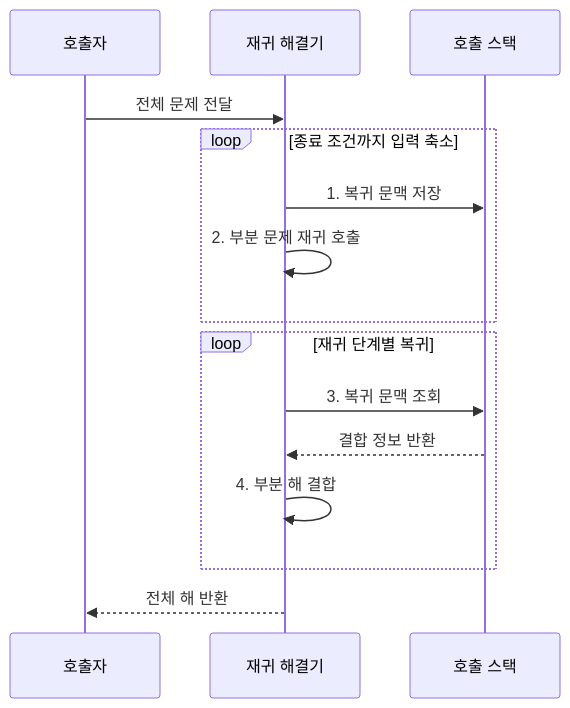
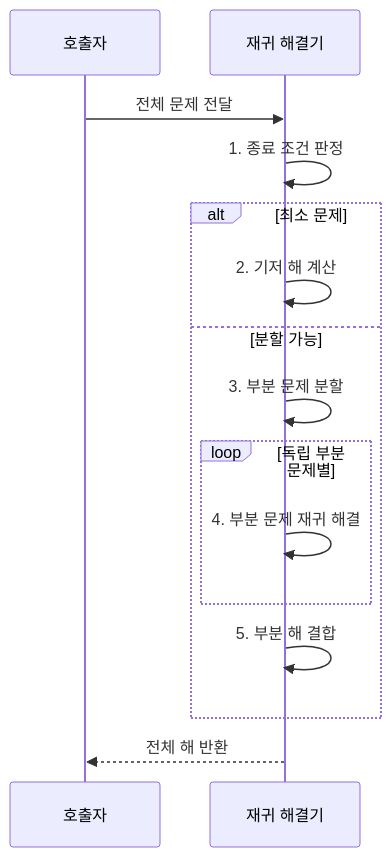
Before and after one commit to agnusdei1207/knowledge-base: the second of 2 diagrams in src/content/docs/notes/01-basic-theory/014_divide_and_conquer.md, drawn with Mermaid. The commit also changed other lines of this file and 6 other files, not shown here.

````diff
--- a/src/content/docs/notes/01-basic-theory/014_divide_and_conquer.md
+++ b/src/content/docs/notes/01-basic-theory/014_divide_and_conquer.md
@@ -102,17 +102,17 @@
 ```mermaid
 sequenceDiagram
     participant Q as 호출자
     participant R as 재귀 해결기
-    participant S as 호출 스택
     Q->>R: 전체 문제 전달
-    loop 종료 조건까지 입력 축소
-        R->>S: 1. 복귀 문맥 저장
-        R->>R: 2. 부분 문제 재귀 호출
-    end
-    loop 재귀 단계별 복귀
-        R->>S: 3. 복귀 문맥 조회
-        S-->>R: 결합 정보 반환
-        R->>R: 4. 부분 해 결합
+    R->>R: 1. 종료 조건 판정
+    alt 최소 문제
+        R->>R: 2. 기저 해 계산
+    else 분할 가능
+        R->>R: 3. 부분 문제 분할
+        loop 독립 부분 문제별
+            R->>R: 4. 부분 문제 재귀 해결
+        end
+        R->>R: 5. 부분 해 결합
     end
     R-->>Q: 전체 해 반환
 ```
````
